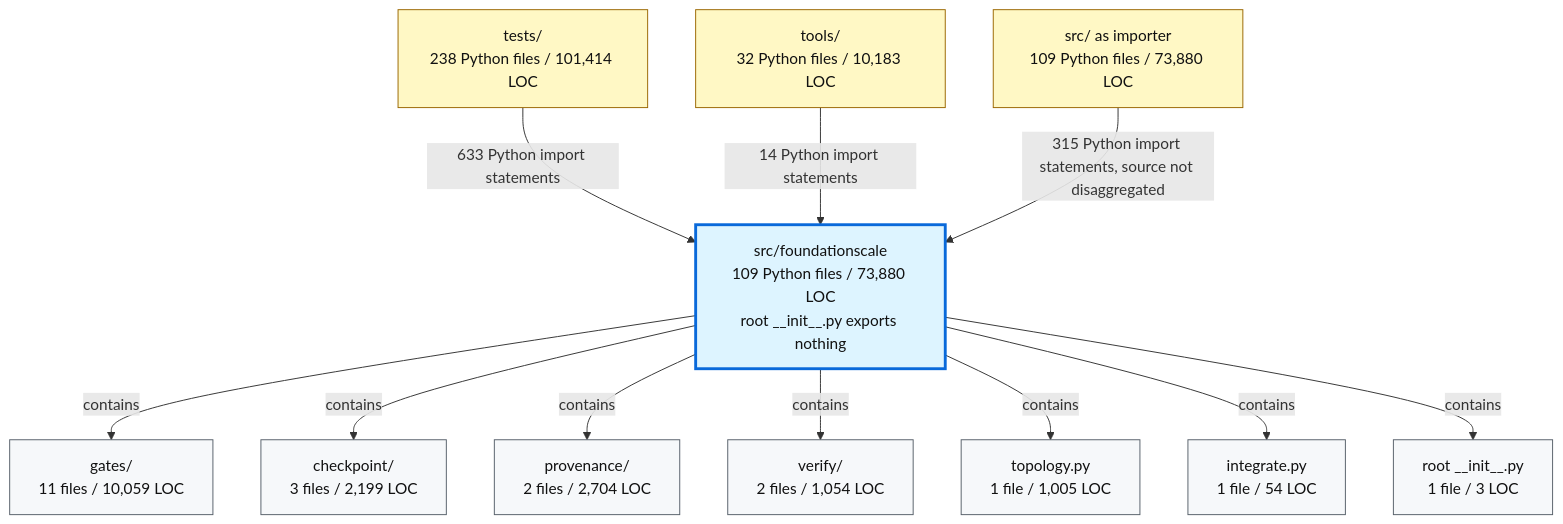
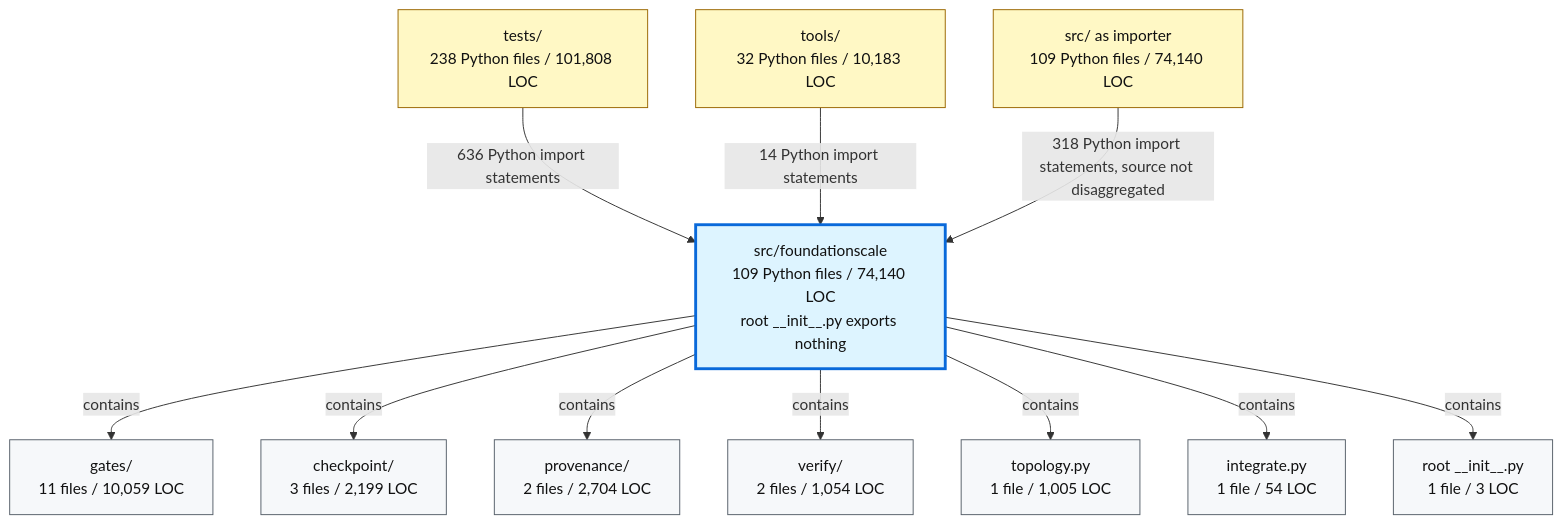
Before and after one commit to TranNhiem/FoundationScale: the second of 2 diagrams in docs/review/D2_current_architecture.md, drawn with Mermaid. The commit also changed other lines of this file and 15 other files, not shown here.

````diff
--- a/docs/review/D2_current_architecture.md
+++ b/docs/review/D2_current_architecture.md
@@ -97,36 +97,36 @@
 ```mermaid
 flowchart TB
-  TESTS["tests/<br/>238 Python files / 101,414 LOC"]
+  TESTS["tests/<br/>238 Python files / 101,808 LOC"]
   TOOLS["tools/<br/>32 Python files / 10,183 LOC"]
-  SRC["src/ as importer<br/>109 Python files / 73,880 LOC"]
+  SRC["src/ as importer<br/>109 Python files / 74,140 LOC"]
 
-  FS["src/foundationscale<br/>109 Python files / 73,880 LOC<br/>root __init__.py exports nothing"]
+  FS["src/foundationscale<br/>109 Python files / 74,140 LOC<br/>root __init__.py exports nothing"]
 
   GATES["gates/<br/>11 files / 10,059 LOC"]
   CKPT["checkpoint/<br/>3 files / 2,199 LOC"]
   PROV["provenance/<br/>2 files / 2,704 LOC"]
   VERIFY["verify/<br/>2 files / 1,054 LOC"]
   TOPO["topology.py<br/>1 file / 1,005 LOC"]
   INTEG["integrate.py<br/>1 file / 54 LOC"]
   ROOT["root __init__.py<br/>1 file / 3 LOC"]
 
-  TESTS -->|"633 Python import statements"| FS
+  TESTS -->|"636 Python import statements"| FS
   TOOLS -->|"14 Python import statements"| FS
-  SRC -->|"315 Python import statements, source not disaggregated"| FS
+  SRC -->|"318 Python import statements, source not disaggregated"| FS
 
   FS -->|"contains"| GATES
   FS -->|"contains"| CKPT
   FS -->|"contains"| PROV
   FS -->|"contains"| VERIFY
   FS -->|"contains"| TOPO
   FS -->|"contains"| INTEG
   FS -->|"contains"| ROOT
 
   classDef consumer fill:#fff8c5,stroke:#9a6700,color:#111;
   classDef package fill:#ddf4ff,stroke:#0969da,stroke-width:3px,color:#111;
   classDef module fill:#f6f8fa,stroke:#57606a,color:#111;
 
   class TESTS,TOOLS,SRC consumer;
   class FS package;
   class GATES,CKPT,PROV,VERIFY,TOPO,INTEG,ROOT module;
 ```
````
